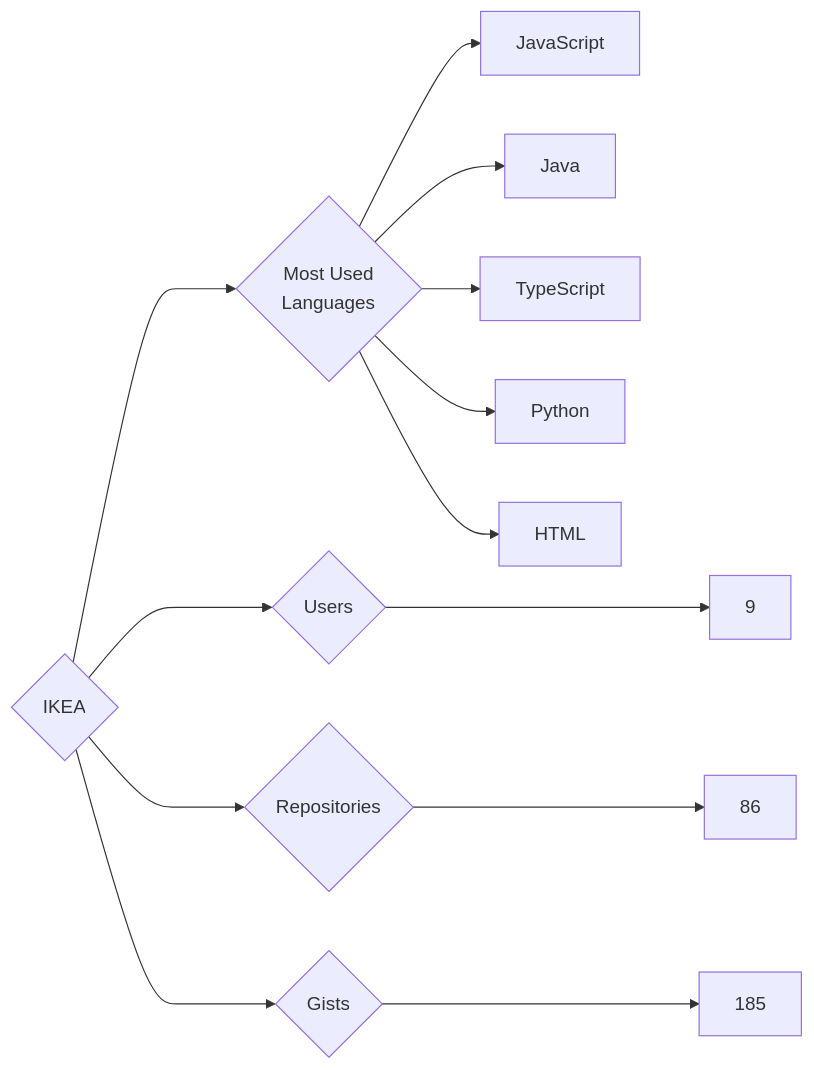
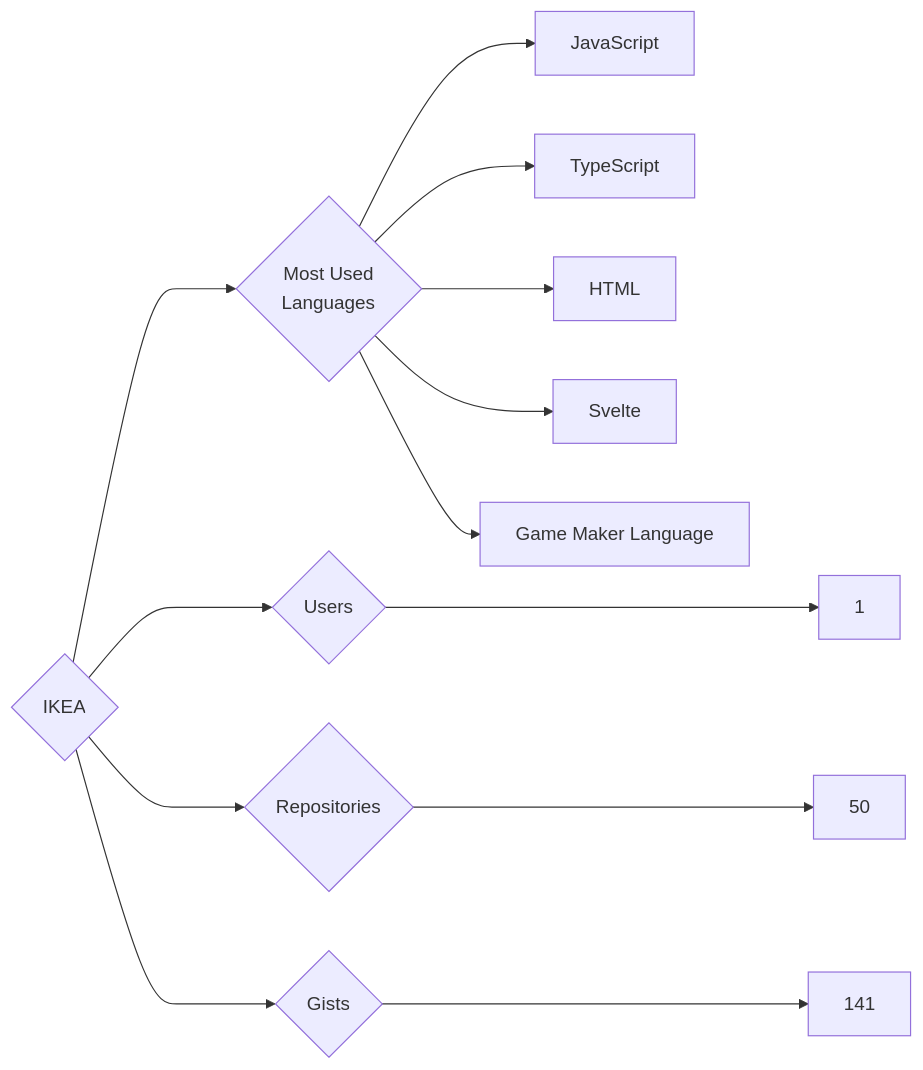
Before and after one commit to trickest/insiders: the diagram in targets/IKEA/README.md, drawn with Mermaid. The commit also changed 629 other files, not shown here.

````diff
--- a/targets/IKEA/README.md
+++ b/targets/IKEA/README.md
@@ -3,13 +3,13 @@
 ```mermaid
 graph LR
 COMPANY_NAME{IKEA}
-COMPANY_NAME ---> U{Users} ---> UN[9]
-COMPANY_NAME ---> R{Repositories} ---> RN[86]
-COMPANY_NAME ---> G{Gists} ---> GN[185]
+COMPANY_NAME ---> U{Users} ---> UN[1]
+COMPANY_NAME ---> R{Repositories} ---> RN[50]
+COMPANY_NAME ---> G{Gists} ---> GN[141]
 COMPANY_NAME ---> ML{Most Used<br>Languages}
 ML --> JavaScript[JavaScript]
-ML --> Java[Java]
 ML --> TypeScript[TypeScript]
-ML --> Python[Python]
 ML --> HTML[HTML]
+ML --> Svelte[Svelte]
+ML --> Game_Maker_Language[Game Maker Language]
 ```
````
